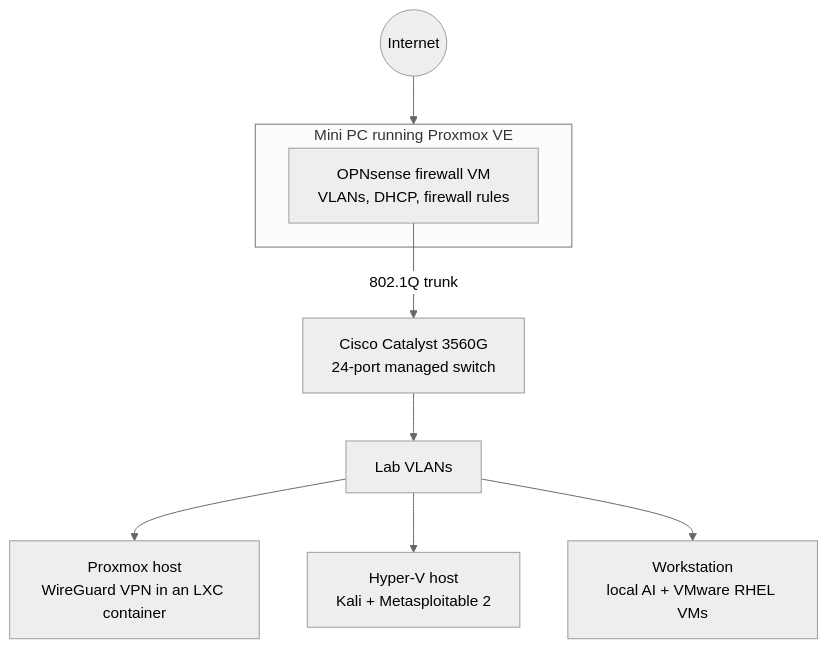
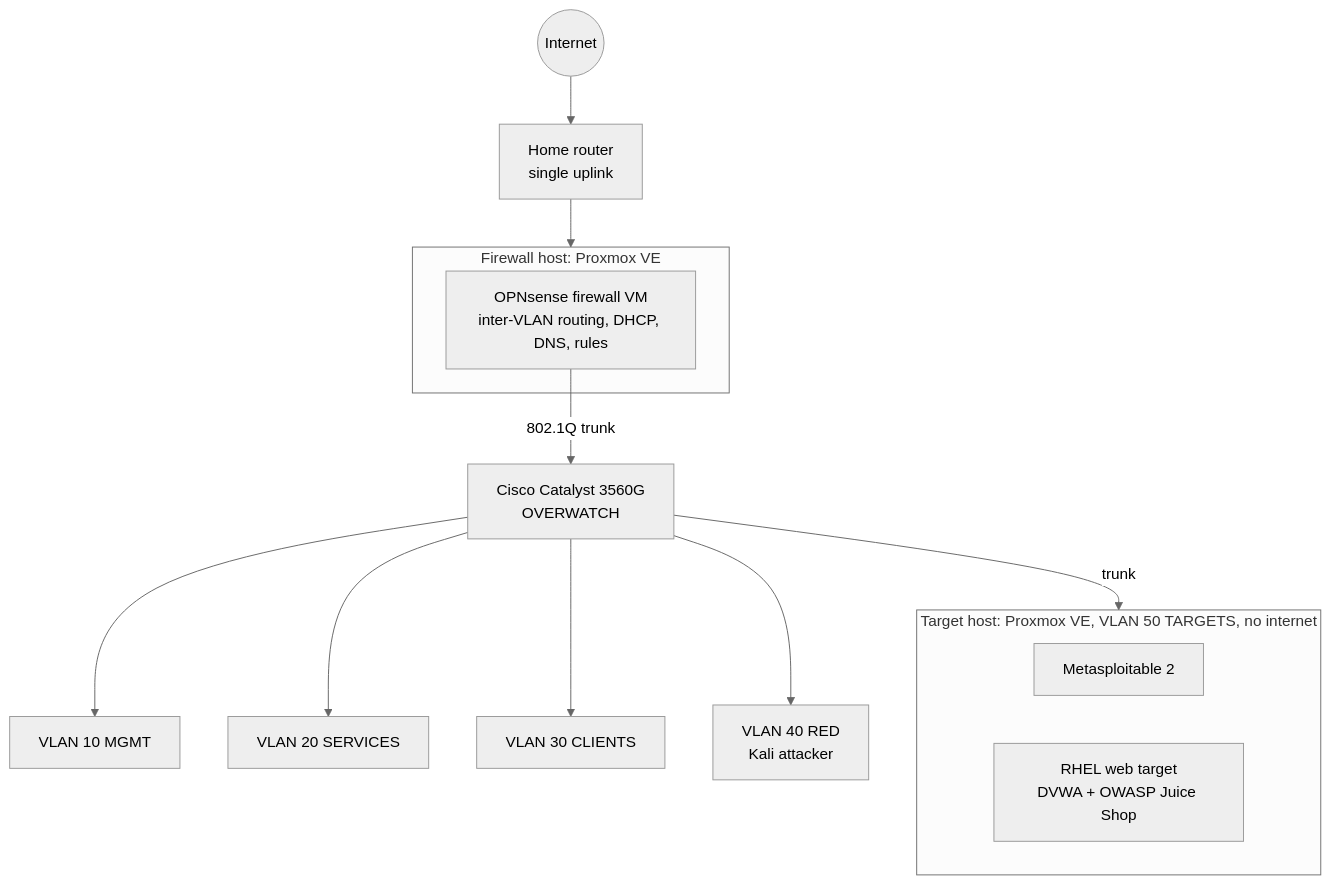
Before and after one commit to waegns/Waegns-labs: the diagram in homelab/ironforge.md, drawn with Mermaid (neutral theme). The commit also changed other lines of this file and 1 other file, not shown here.

First line of the commit message:
Update IRONFORGE page to the rebuilt lab; scrub Windows username path

````diff
--- a/homelab/ironforge.md
+++ b/homelab/ironforge.md
@@ -13,12 +15,18 @@
 ```mermaid
 flowchart TB
-    NET((Internet)) --> PVE
-    subgraph PVE[Mini PC running Proxmox VE]
-        OPN[OPNsense firewall VM<br/>VLANs, DHCP, firewall rules]
+    NET((Internet)) --> HOME[Home router<br/>single uplink]
+    HOME --> FW
+    subgraph FW[Firewall host: Proxmox VE]
+        OPN[OPNsense firewall VM<br/>inter-VLAN routing, DHCP, DNS, rules]
     end
-    OPN -->|802.1Q trunk| SW[Cisco Catalyst 3560G<br/>24-port managed switch]
-    SW --> V1[Lab VLANs]
-    V1 --> H1[Proxmox host<br/>WireGuard VPN in an LXC container]
-    V1 --> H2[Hyper-V host<br/>Kali + Metasploitable 2]
-    V1 --> H3[Workstation<br/>local AI + VMware RHEL VMs]
+    OPN -->|802.1Q trunk| SW[Cisco Catalyst 3560G<br/>OVERWATCH]
+    SW --> MGMT[VLAN 10 MGMT]
+    SW --> SVC[VLAN 20 SERVICES]
+    SW --> CLI[VLAN 30 CLIENTS]
+    SW --> RED[VLAN 40 RED<br/>Kali attacker]
+    SW -->|trunk| TGT
+    subgraph TGT[Target host: Proxmox VE, VLAN 50 TARGETS, no internet]
+        MS2[Metasploitable 2]
+        WEB[RHEL web target<br/>DVWA + OWASP Juice Shop]
+    end
 ```
````
